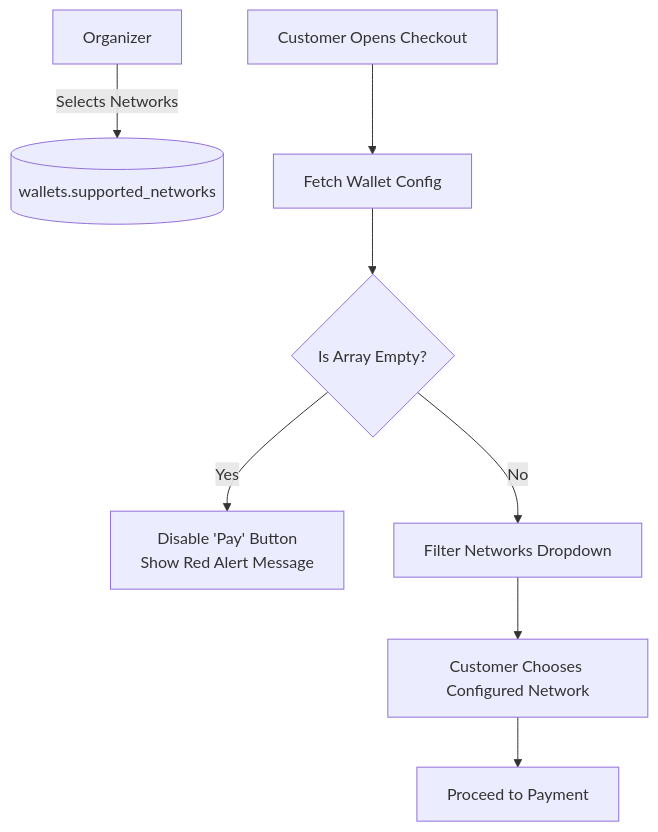
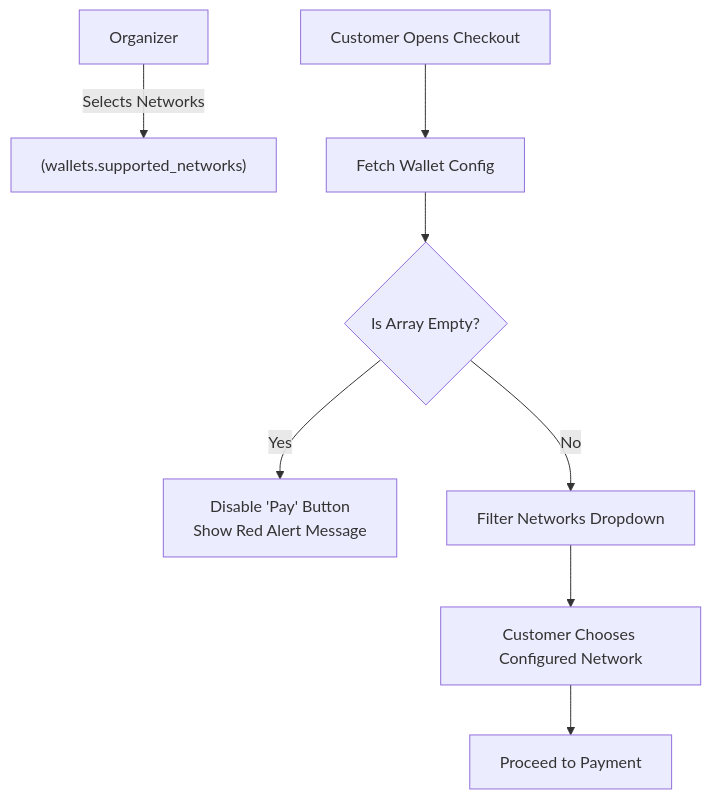
Before and after one commit to FEATHERS-GROUP/agatike-connect: diagram 15 of 57 in README.md, drawn with Mermaid. The commit also changed other lines of this file and 1 other file, not shown here.

````diff
--- a/README.md
+++ b/README.md
@@ -389,12 +389,12 @@
 ```mermaid
 flowchart TD
-    Org[Organizer] -->|Selects Networks| DB[(wallets.supported_networks)]
-    UI[Customer Opens Checkout] --> Read[Fetch Wallet Config]
+    Org["Organizer"] -->|Selects Networks| DB["(wallets.supported_networks)"]
+    UI["Customer Opens Checkout"] --> Read["Fetch Wallet Config"]
     Read --> Check{Is Array Empty?}
 
-    Check -->|Yes| Blocked[Disable 'Pay' Button\nShow Red Alert Message]
-    Check -->|No| Filter[Filter Networks Dropdown]
+    Check -->|Yes| Blocked["Disable 'Pay' Button\nShow Red Alert Message"]
+    Check -->|No| Filter["Filter Networks Dropdown"]
 
-    Filter --> Proceed[Customer Chooses Configured Network]
-    Proceed --> CheckoutFlow[Proceed to Payment]
+    Filter --> Proceed["Customer Chooses Configured Network"]
+    Proceed --> CheckoutFlow["Proceed to Payment"]
 ```
````
